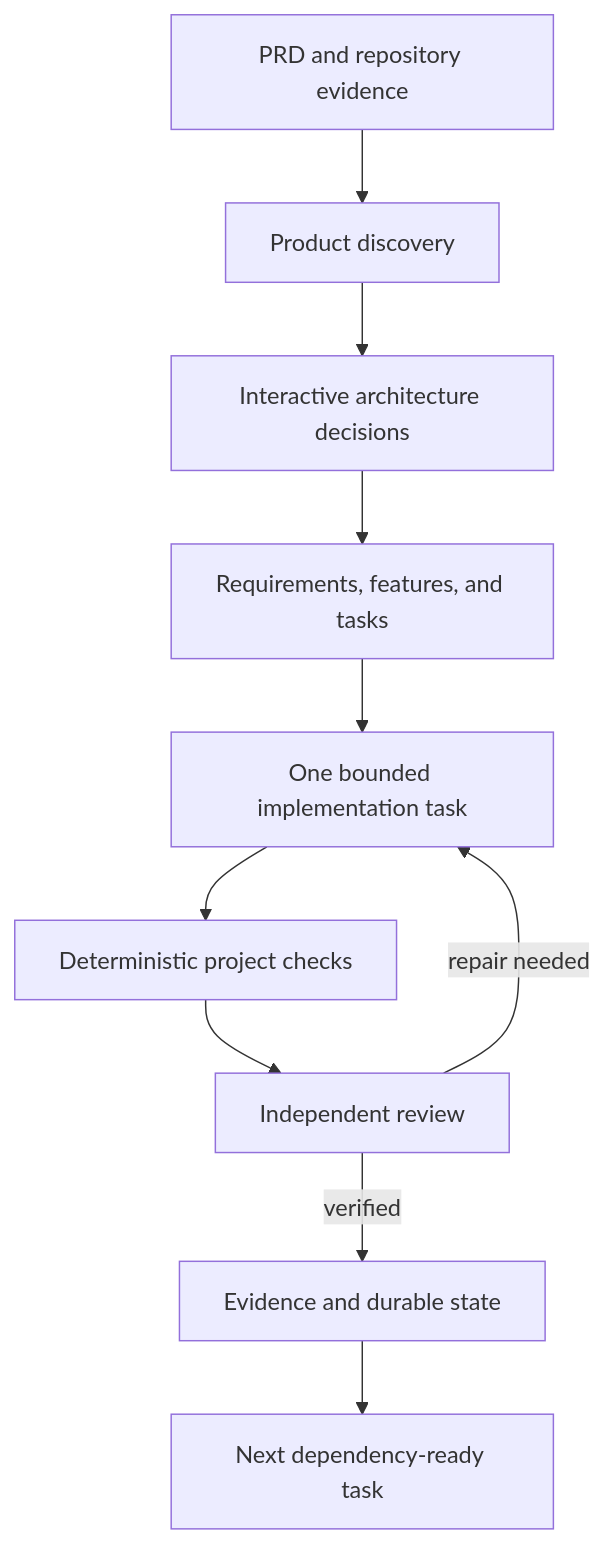
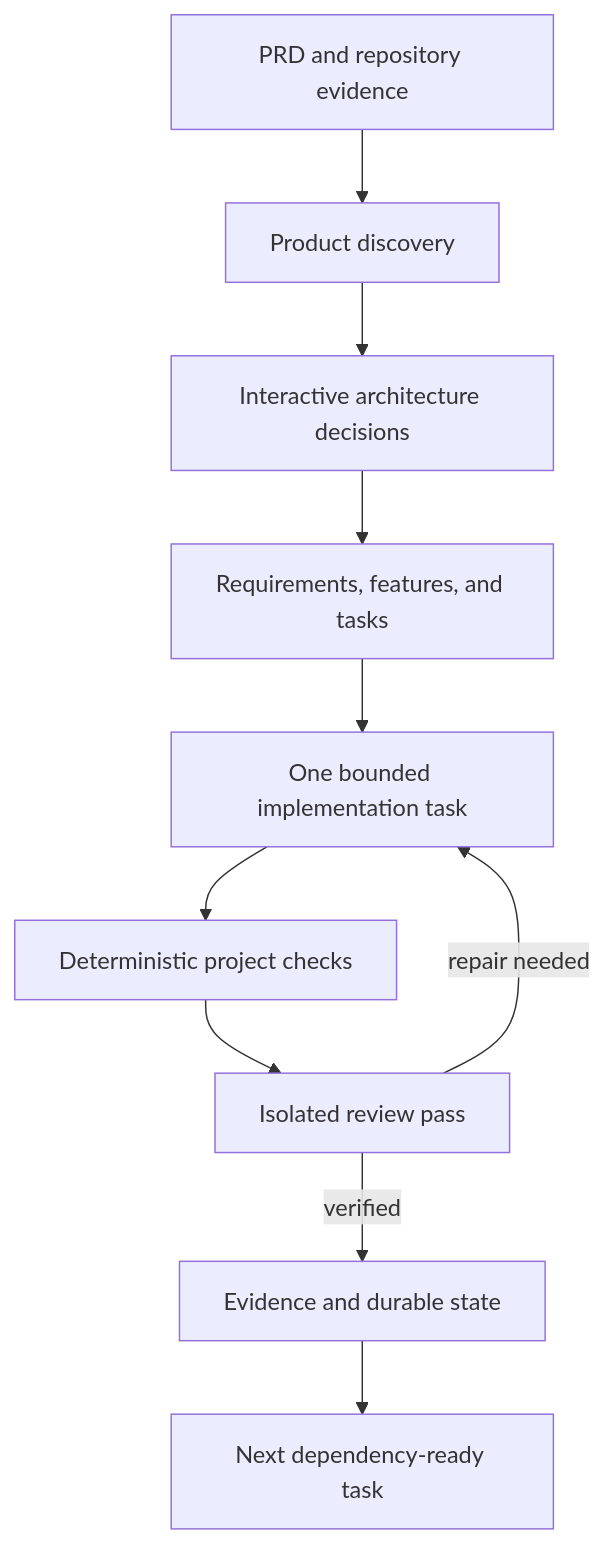
Before and after one commit to teja499-tech/vega-sdd: the diagram in README.md, drawn with Mermaid. The commit also changed other lines of this file and 5 other files, not shown here.

````diff
--- a/README.md
+++ b/README.md
@@ -95,12 +95,12 @@
 ```mermaid
 flowchart TD
     A[PRD and repository evidence] --> B[Product discovery]
     B --> C[Interactive architecture decisions]
     C --> D[Requirements, features, and tasks]
     D --> E[One bounded implementation task]
     E --> F[Deterministic project checks]
-    F --> G[Independent review]
+    F --> G[Isolated review pass]
     G -->|repair needed| E
     G -->|verified| H[Evidence and durable state]
     H --> I[Next dependency-ready task]
 ```
````
